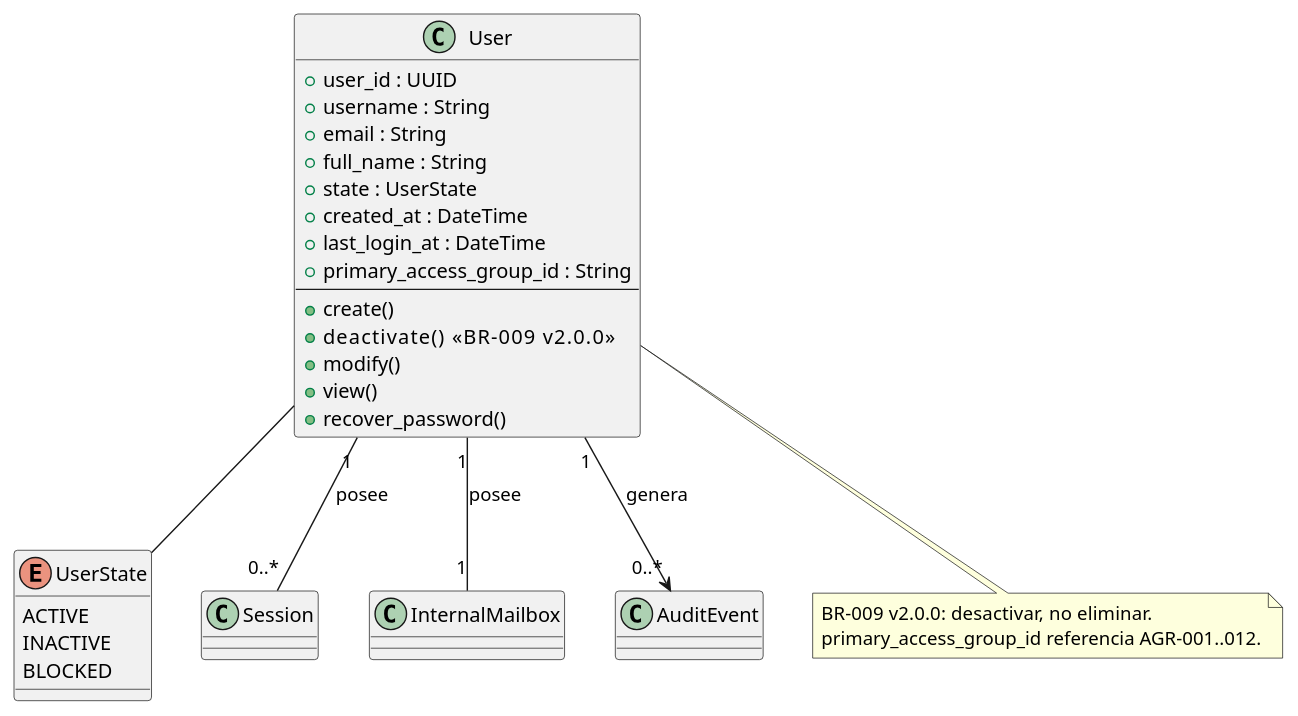
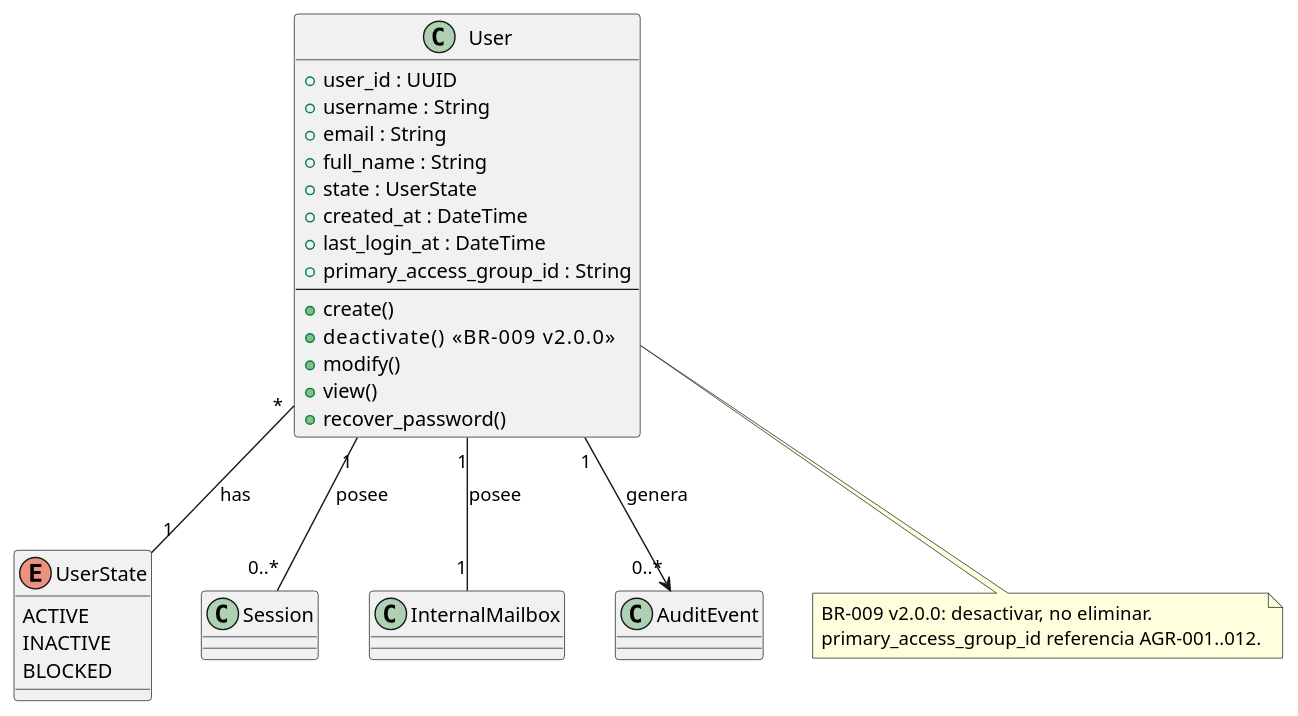
The diagram in source/arquitectura-tecnica/domain-model/user.rst (jcg-admin/IACT-docs), drawn with PlantUML before and after one commit. The commit also changed 44 other files, not shown here.

First line of the commit message:
Apply UML rigor pass batch 3: sweep multiplicities + checklist

```diff
--- a/source/arquitectura-tecnica/domain-model/user.rst
+++ b/source/arquitectura-tecnica/domain-model/user.rst
@@ -25,39 +25,39 @@
 .. uml::
  :caption: Clase User — entidad de identidad del sistema IACT.
 
  @startuml
 
  class User {
    + user_id : UUID
    + username : String
    + email : String
    + full_name : String
    + state : UserState
    + created_at : DateTime
    + last_login_at : DateTime
    + primary_access_group_id : String
    --
    + create()
    + deactivate()       <<BR-009 v2.0.0>>
    + modify()
    + view()
    + recover_password()
  }
 
  enum UserState {
    ACTIVE
    INACTIVE
    BLOCKED
  }
 
- User -- UserState
+ User "*" -- "1" UserState : has
  User "1" -- "0..*" Session         : posee
  User "1" -- "1"    InternalMailbox : posee
  User "1" --> "0..*" AuditEvent     : genera
 
  note bottom of User
    BR-009 v2.0.0: desactivar, no eliminar.
    primary_access_group_id referencia AGR-001..012.
  end note
 
  @enduml
```
